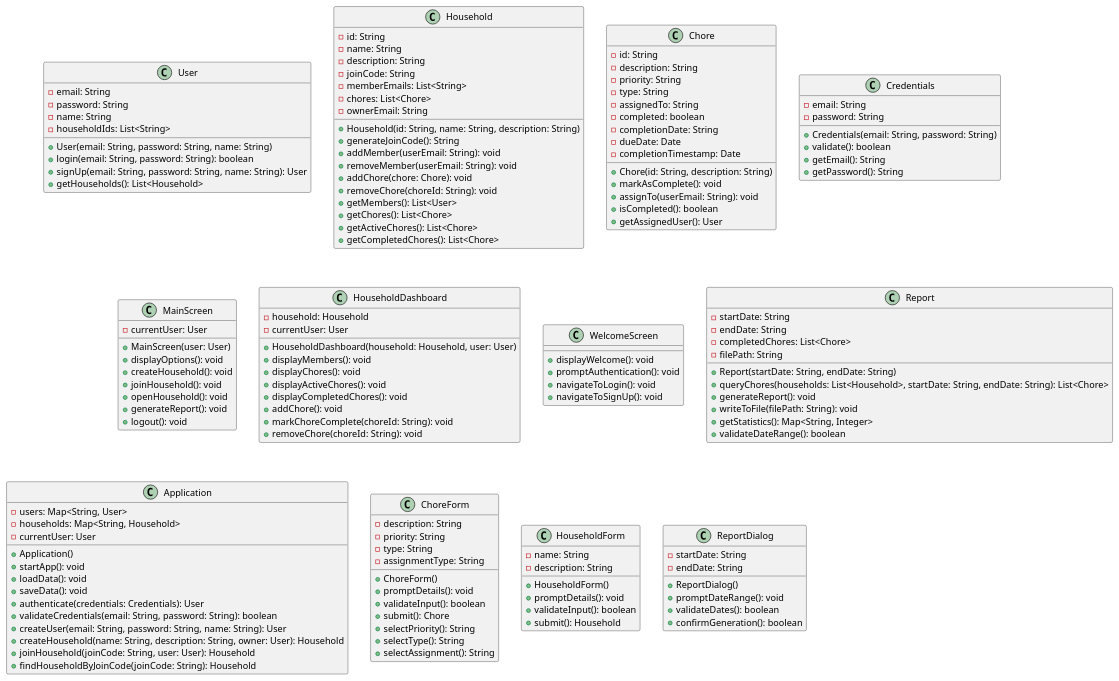
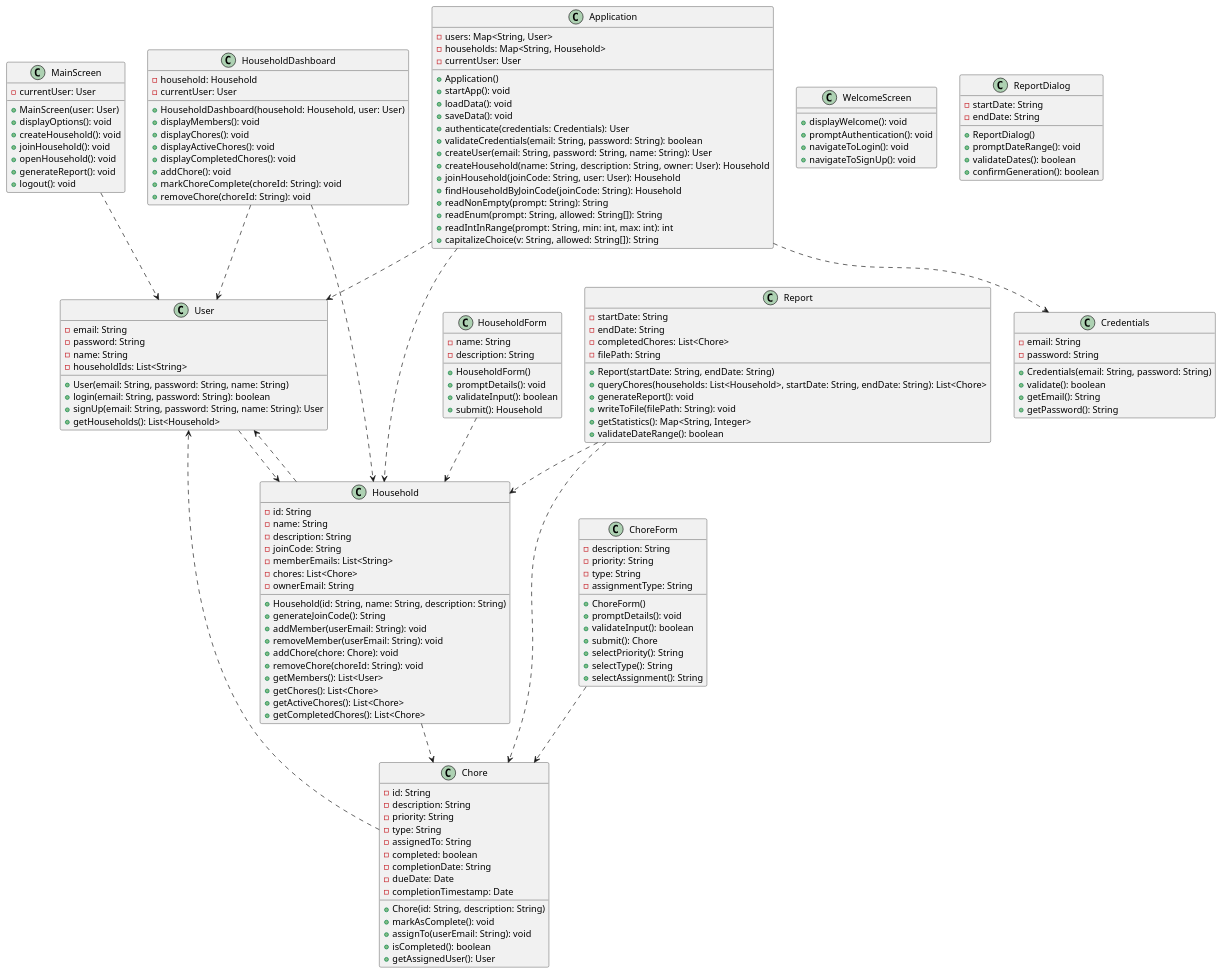
Before and after one commit to nu-cs-sw-design/project-20252601-chore-splitter: the diagram in docs/design/design.puml, drawn with PlantUML.

Commit message:
Updated puml

```diff
--- a/docs/design/design.puml
+++ b/docs/design/design.puml
@@ -1,164 +1,183 @@
 @startuml
 
 
 class User {
   - email: String
   - password: String
   - name: String
   - householdIds: List<String>
   + User(email: String, password: String, name: String)
   + login(email: String, password: String): boolean
   + signUp(email: String, password: String, name: String): User
   + getHouseholds(): List<Household>
 }
 
 
 class Household {
   - id: String
   - name: String
   - description: String
   - joinCode: String
   - memberEmails: List<String>
   - chores: List<Chore>
   - ownerEmail: String
   + Household(id: String, name: String, description: String)
   + generateJoinCode(): String
   + addMember(userEmail: String): void
   + removeMember(userEmail: String): void
   + addChore(chore: Chore): void
   + removeChore(choreId: String): void
   + getMembers(): List<User>
   + getChores(): List<Chore>
   + getActiveChores(): List<Chore>
   + getCompletedChores(): List<Chore>
 }
 
 
 class Chore {
   - id: String
   - description: String
   - priority: String
   - type: String
   - assignedTo: String
   - completed: boolean
   - completionDate: String
   - dueDate: Date
   - completionTimestamp: Date
   + Chore(id: String, description: String)
   + markAsComplete(): void
   + assignTo(userEmail: String): void
   + isCompleted(): boolean
   + getAssignedUser(): User
 }
 
 
 class Credentials {
   - email: String
   - password: String
   + Credentials(email: String, password: String)
   + validate(): boolean
   + getEmail(): String
   + getPassword(): String
 }
 
 
 class MainScreen {
   - currentUser: User
   + MainScreen(user: User)
   + displayOptions(): void
   + createHousehold(): void
   + joinHousehold(): void
   + openHousehold(): void
   + generateReport(): void
   + logout(): void
 }
 
 
 class HouseholdDashboard {
   - household: Household
   - currentUser: User
   + HouseholdDashboard(household: Household, user: User)
   + displayMembers(): void
   + displayChores(): void
   + displayActiveChores(): void
   + displayCompletedChores(): void
   + addChore(): void
   + markChoreComplete(choreId: String): void
   + removeChore(choreId: String): void
 }
 
 
 class WelcomeScreen {
   + displayWelcome(): void
   + promptAuthentication(): void
   + navigateToLogin(): void
   + navigateToSignUp(): void
 }
 
 
 class Report {
   - startDate: String
   - endDate: String
   - completedChores: List<Chore>
   - filePath: String
   + Report(startDate: String, endDate: String)
   + queryChores(households: List<Household>, startDate: String, endDate: String): List<Chore>
   + generateReport(): void
   + writeToFile(filePath: String): void
   + getStatistics(): Map<String, Integer>
   + validateDateRange(): boolean
 }
 
 
 class Application {
   - users: Map<String, User>
   - households: Map<String, Household>
   - currentUser: User
   + Application()
   + startApp(): void
   + loadData(): void
   + saveData(): void
   + authenticate(credentials: Credentials): User
   + validateCredentials(email: String, password: String): boolean
   + createUser(email: String, password: String, name: String): User
   + createHousehold(name: String, description: String, owner: User): Household
   + joinHousehold(joinCode: String, user: User): Household
   + findHouseholdByJoinCode(joinCode: String): Household
+  + readNonEmpty(prompt: String): String
+  + readEnum(prompt: String, allowed: String[]): String
+  + readIntInRange(prompt: String, min: int, max: int): int
+  + capitalizeChoice(v: String, allowed: String[]): String
 }
 
 
 class ChoreForm {
   - description: String
   - priority: String
   - type: String
   - assignmentType: String
   + ChoreForm()
   + promptDetails(): void
   + validateInput(): boolean
   + submit(): Chore
   + selectPriority(): String
   + selectType(): String
   + selectAssignment(): String
 }
 
 
 class HouseholdForm {
   - name: String
   - description: String
   + HouseholdForm()
   + promptDetails(): void
   + validateInput(): boolean
   + submit(): Household
 }
 
 
 class ReportDialog {
   - startDate: String
   - endDate: String
   + ReportDialog()
   + promptDateRange(): void
   + validateDates(): boolean
   + confirmGeneration(): boolean
 }
 
+User ..> Household
+Household ..> User
+Household ..> Chore
+Chore ..> User
+MainScreen ..> User
+HouseholdDashboard ..> Household
+HouseholdDashboard ..> User
+Report ..> Household
+Report ..> Chore
+Application ..> User
+Application ..> Household
+Application ..> Credentials
+ChoreForm ..> Chore
+HouseholdForm ..> Household
+
 @enduml
```
